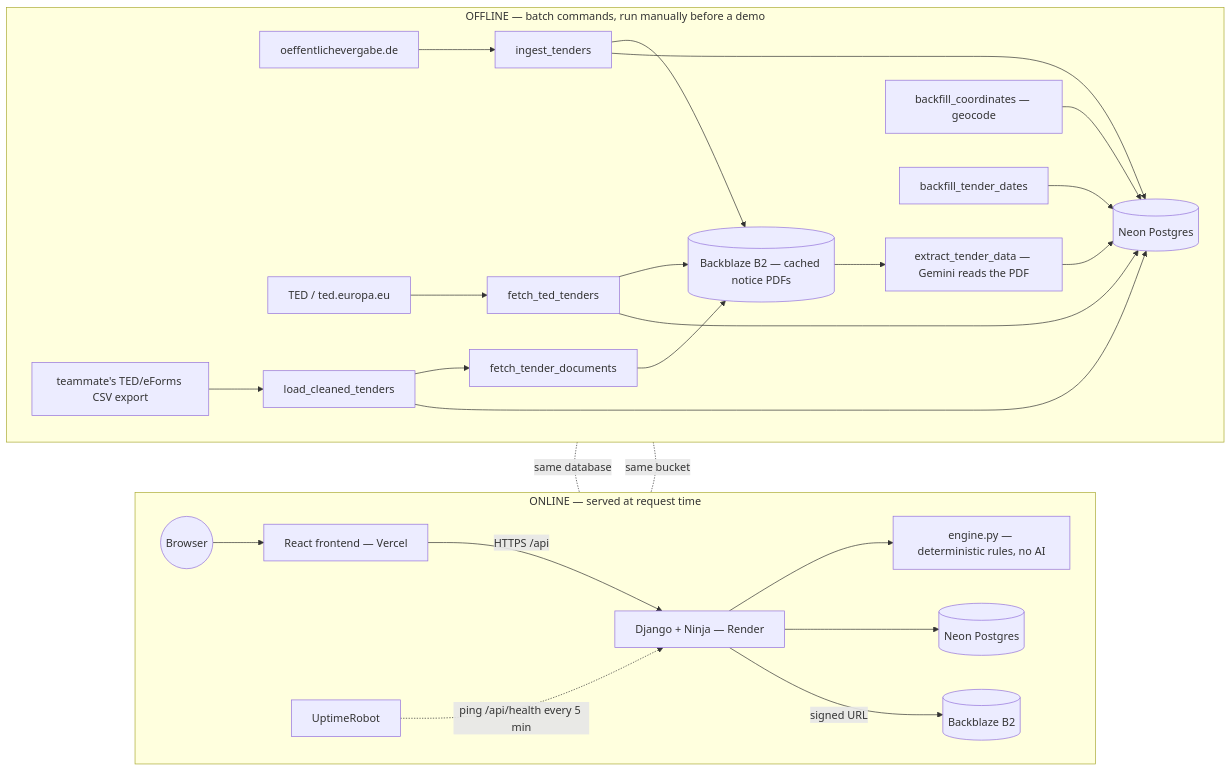
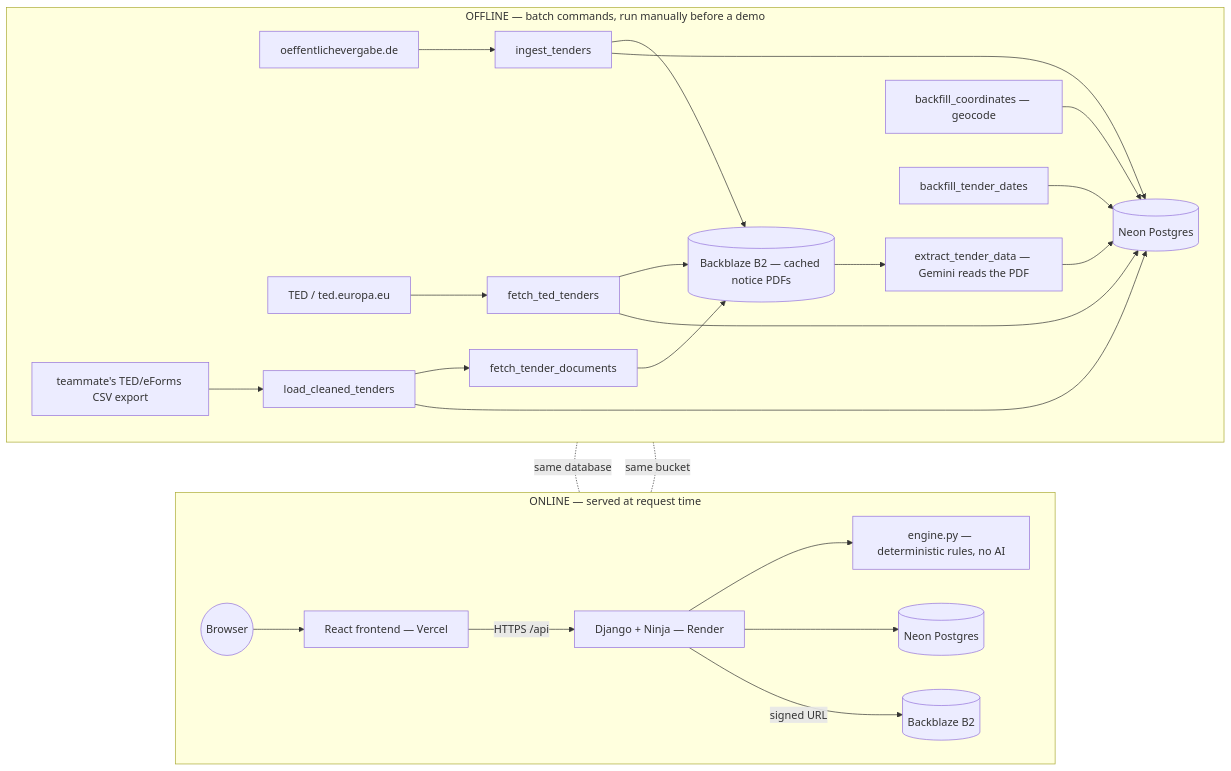
The diagram in README.md (lvth-seannie/sivihack26), drawn with Mermaid before and after one commit.

Commit message:
Adjust Architecture in README.md

````diff
--- a/README.md
+++ b/README.md
@@ -27,35 +27,34 @@
 ```mermaid
 flowchart TB
     subgraph OFFLINE[" OFFLINE — batch commands, run manually before a demo "]
         direction LR
         OE[oeffentlichevergabe.de] --> ING[ingest_tenders]
         TEDSRC[TED / ted.europa.eu] --> FTED[fetch_ted_tenders]
         CSV["teammate's TED/eForms CSV export"] --> LCT[load_cleaned_tenders]
         LCT --> FTD[fetch_tender_documents]
         ING --> B2A[(Backblaze B2 — cached notice PDFs)]
         FTED --> B2A
         FTD --> B2A
         B2A --> EXTRACT["extract_tender_data — Gemini reads the PDF"]
         BFC[backfill_coordinates — geocode]
         BFD[backfill_tender_dates]
         ING --> PGA[(Neon Postgres)]
         FTED --> PGA
         LCT --> PGA
         EXTRACT --> PGA
         BFC --> PGA
         BFD --> PGA
     end
 
     subgraph ONLINE[" ONLINE — served at request time "]
         direction LR
         JUDGE((Browser)) --> FE["React frontend — Vercel"]
         FE -->|HTTPS /api| BE["Django + Ninja — Render"]
         BE --> RULES["engine.py — deterministic rules, no AI"]
         BE --> PGB[(Neon Postgres)]
         BE -->|signed URL| B2B[(Backblaze B2)]
-        BOT[UptimeRobot] -. ping /api/health every 5 min .-> BE
     end
 
     PGA -. same database .- PGB
     B2A -. same bucket .- B2B
 ```
````
